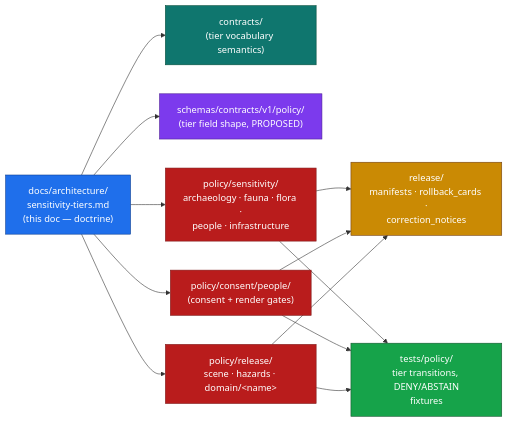
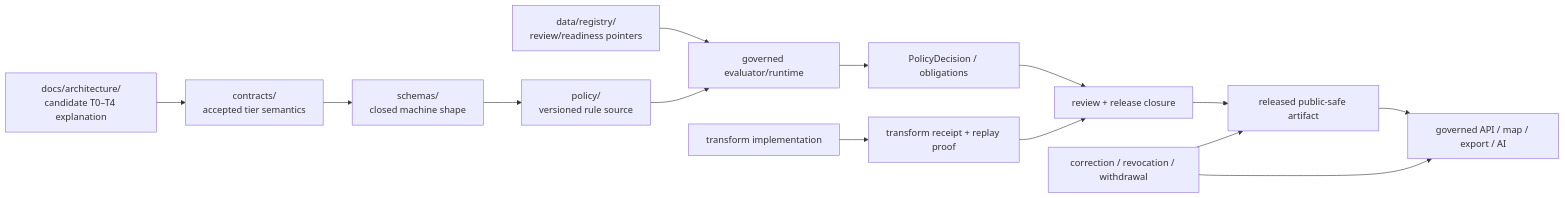
One commit to bartytime4life/Kansas-Frontier-Matrix changed the first of 2 diagrams in docs/architecture/sensitivity-tiers.md. Above: the diagram before and after it, drawn with Mermaid. The commit also changed other lines of this file, not shown here.

Commit message:
docs(architecture): ground sensitivity tier guidance

````diff
--- a/docs/architecture/sensitivity-tiers.md
+++ b/docs/architecture/sensitivity-tiers.md
@@ -149,30 +263,16 @@
 ```mermaid
 flowchart LR
-  classDef doctrine fill:#1f6feb,stroke:#0b3d91,color:#fff
-  classDef contract fill:#0f766e,stroke:#064e3b,color:#fff
-  classDef schema   fill:#7c3aed,stroke:#4c1d95,color:#fff
-  classDef policy   fill:#b91c1c,stroke:#7f1d1d,color:#fff
-  classDef release  fill:#ca8a04,stroke:#713f12,color:#fff
-  classDef tests    fill:#16a34a,stroke:#14532d,color:#fff
-
-  D["docs/architecture/<br/>sensitivity-tiers.md<br/>(this doc — doctrine)"]:::doctrine
-  C["contracts/<br/>(tier vocabulary semantics)"]:::contract
-  S["schemas/contracts/v1/policy/<br/>(tier field shape, PROPOSED)"]:::schema
-  P1["policy/sensitivity/<br/>archaeology · fauna · flora ·<br/>people · infrastructure"]:::policy
-  P2["policy/consent/people/<br/>(consent + render gates)"]:::policy
-  P3["policy/release/<br/>scene · hazards · domain/&lt;name&gt;"]:::policy
-  R["release/<br/>manifests · rollback_cards ·<br/>correction_notices"]:::release
-  T["tests/policy/<br/>tier transitions, DENY/ABSTAIN<br/>fixtures"]:::tests
-
-  D --> C
-  D --> S
-  D --> P1
-  D --> P2
-  D --> P3
-  P1 --> R
-  P2 --> R
-  P3 --> R
-  P1 --> T
-  P2 --> T
-  P3 --> T
+    D["docs/architecture/<br/>candidate T0–T4 explanation"] --> C["contracts/<br/>accepted tier semantics"]
+    C --> S["schemas/<br/>closed machine shape"]
+    S --> P["policy/<br/>versioned rule source"]
+    R["data/registry/<br/>review/readiness pointers"] --> E["governed evaluator/runtime"]
+    P --> E
+    E --> PD["PolicyDecision / obligations"]
+    X["transform implementation"] --> RR["transform receipt + replay proof"]
+    PD --> L["review + release closure"]
+    RR --> L
+    L --> A["released public-safe artifact"]
+    A --> U["governed API / map / export / AI"]
+    N["correction / revocation / withdrawal"] --> A
+    N --> U
 ```
````
